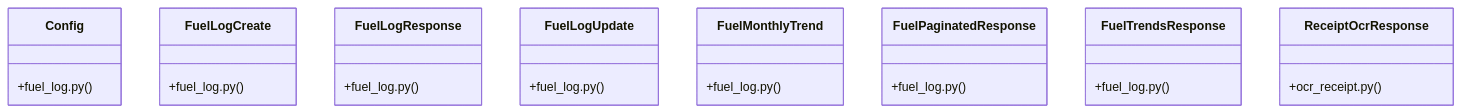
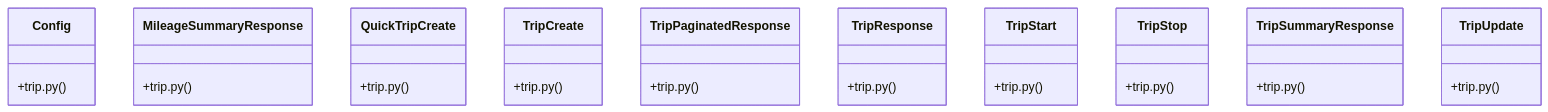
Before and after one commit to IHKodifier/veltrics: the diagram in graphify-out/wiki/Community_8.md, drawn with Mermaid. The commit also changed other lines of this file and 429 other files, not shown here.

````diff
--- a/graphify-out/wiki/Community_8.md
+++ b/graphify-out/wiki/Community_8.md
@@ -36,27 +36,33 @@
 ```mermaid
 classDiagram
     class Config {
-        +fuel_log.py()
+        +trip.py()
     }
-    class FuelLogCreate {
-        +fuel_log.py()
+    class MileageSummaryResponse {
+        +trip.py()
     }
-    class FuelLogResponse {
-        +fuel_log.py()
+    class QuickTripCreate {
+        +trip.py()
     }
-    class FuelLogUpdate {
-        +fuel_log.py()
+    class TripCreate {
+        +trip.py()
     }
-    class FuelMonthlyTrend {
-        +fuel_log.py()
+    class TripPaginatedResponse {
+        +trip.py()
     }
-    class FuelPaginatedResponse {
-        +fuel_log.py()
+    class TripResponse {
+        +trip.py()
     }
-    class FuelTrendsResponse {
-        +fuel_log.py()
+    class TripStart {
+        +trip.py()
     }
-    class ReceiptOcrResponse {
-        +ocr_receipt.py()
+    class TripStop {
+        +trip.py()
+    }
+    class TripSummaryResponse {
+        +trip.py()
+    }
+    class TripUpdate {
+        +trip.py()
     }
 ```
````
